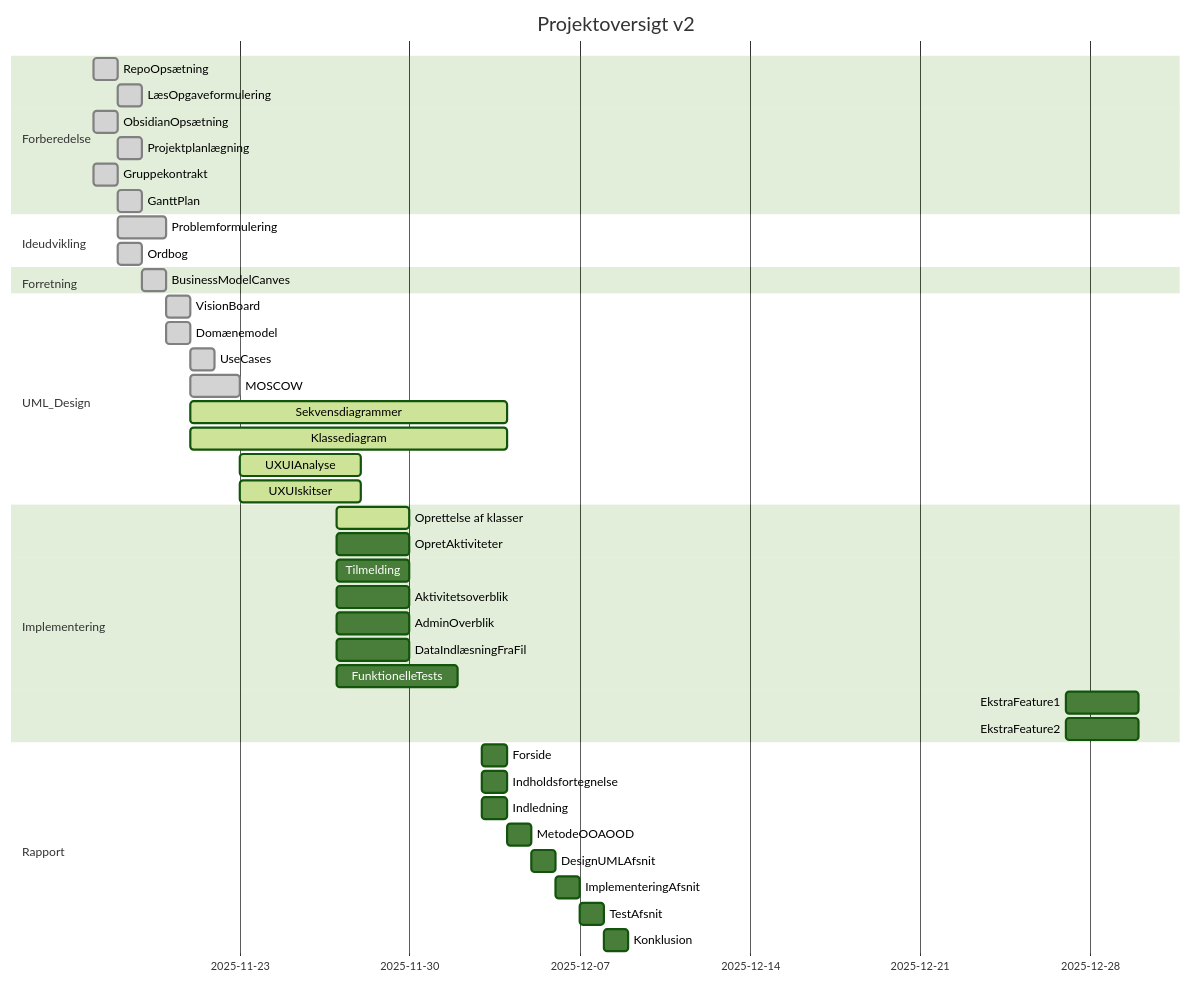
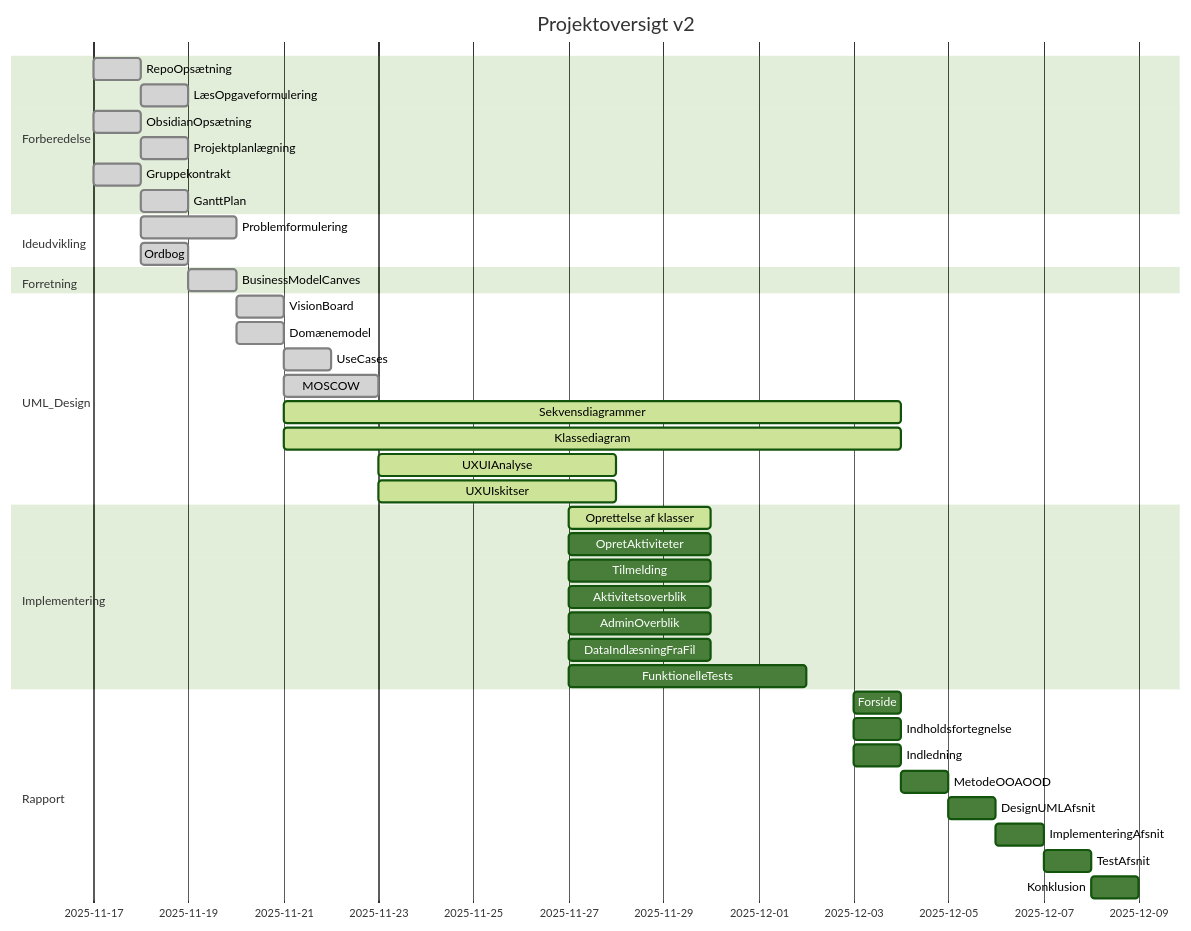
Before and after one commit to MatiasHeiberg/1.semesterprojekt: the first of 2 diagrams in 02 notes/2_Diverse/Projektstyring.md, drawn with Mermaid (forest theme). The commit also changed 2 other files, not shown here.

````diff
--- a/02 notes/2_Diverse/Projektstyring.md
+++ b/02 notes/2_Diverse/Projektstyring.md
@@ -1,52 +1,50 @@
 ```mermaid
 gantt
     dateFormat  YYYY-MM-DD
     title Projektoversigt v2
 
     section Forberedelse
     RepoOpsætning          :done, a1, 2025-11-17, 1d
     LæsOpgaveformulering   :done, a2, 2025-11-18, 0.5d
     ObsidianOpsætning      :done, a3, 2025-11-17, 1d
     Projektplanlægning     :done, a4, 2025-11-18, 1d
     Gruppekontrakt         :done, a5, 2025-11-17, 0.5d
     GanttPlan              :done, a6, 2025-11-18, 1d
    
     section Ideudvikling
     Problemformulering       :done, b1, 2025-11-18, 2d
     Ordbog                   :done, b3, 2025-11-18, 1d
 
     
 	section Forretning
     BusinessModelCanves     :done, c1, 2025-11-19, 1d
 
     section UML_Design
     VisionBoard             :done, d1, 2025-11-20, 0.5d
     Domænemodel             :done, d2, 2025-11-20, 0.5d
     UseCases                :done, d5, 2025-11-21, 0.5d
     MOSCOW                  :done, d6, 2025-11-21, 2d
     Sekvensdiagrammer       :active, d7, 2025-11-21, 13d
     Klassediagram           :active, d8, 2025-11-21, 13d
     UXUIAnalyse            :active, d9, 2025-11-23, 5d
     UXUIskitser            :active, d10, 2025-11-23, 5d
 
     section Implementering
     Oprettelse af klasser     :active, e1, 2025-11-27, 3d
     OpretAktiviteter        :e2, 2025-11-27, 3d
     Tilmelding               :e3, 2025-11-27, 3d
     Aktivitetsoverblik       :e4, 2025-11-27, 3d
     AdminOverblik           :e5, 2025-11-27, 3d
     DataIndlæsningFraFil :e6, 2025-11-27, 3d
     FunktionelleTests       :e7, 2025-11-27, 5d
-    EkstraFeature1           :e8, 2025-12-27, 3d
-    EkstraFeature2           :e9, 2025-12-27, 3d
 
     section Rapport
     Forside                  :f1, 2025-12-03, 1d
     Indholdsfortegnelse      :f2, 2025-12-03, 1d
     Indledning               :f3, 2025-12-03, 1d
     MetodeOOAOOD           :f4, 2025-12-04, 1d
     DesignUMLAfsnit        :f5, 2025-12-05, 1d
     ImplementeringAfsnit    :f6, 2025-12-06, 1d
     TestAfsnit              :f7, 2025-12-07, 1d
     Konklusion               :f8, 2025-12-08, 1d
 ```
````
